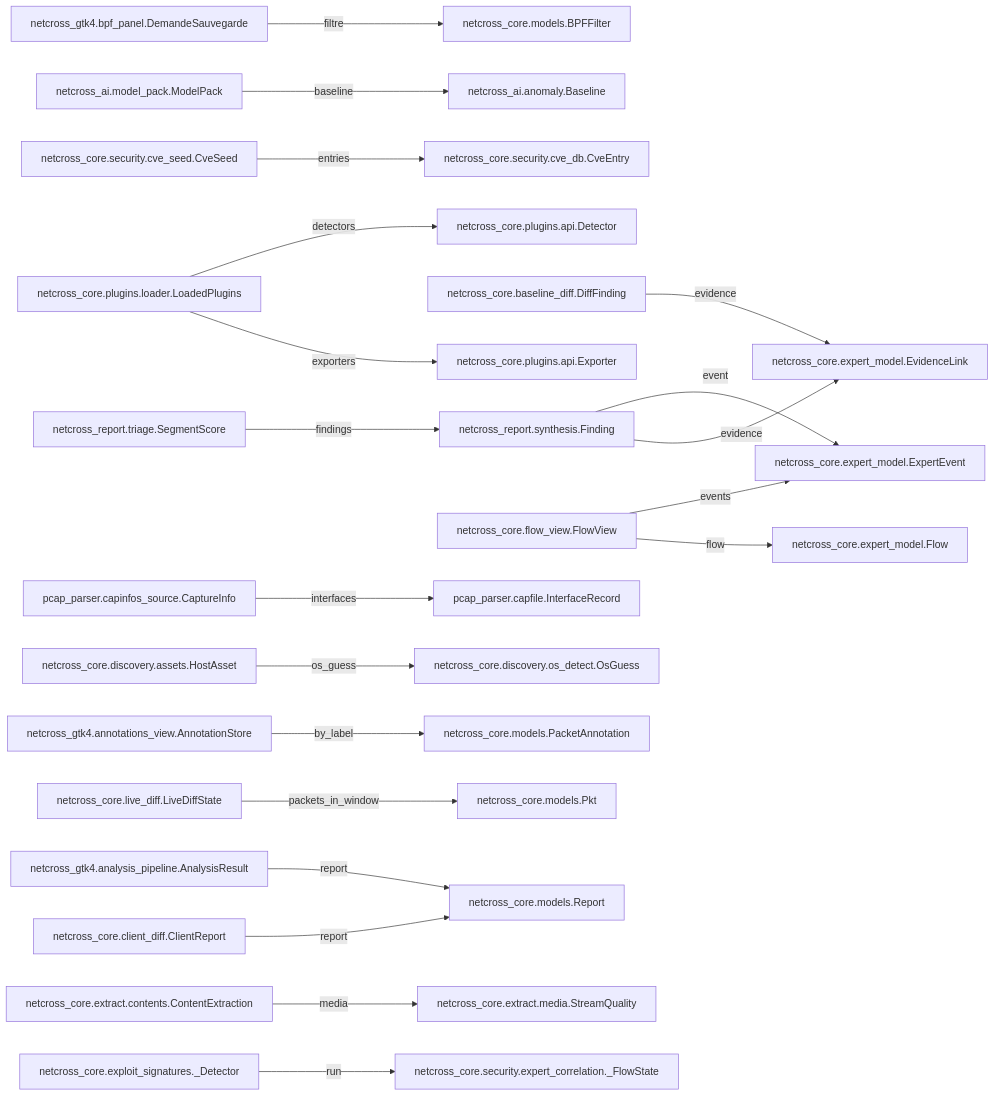
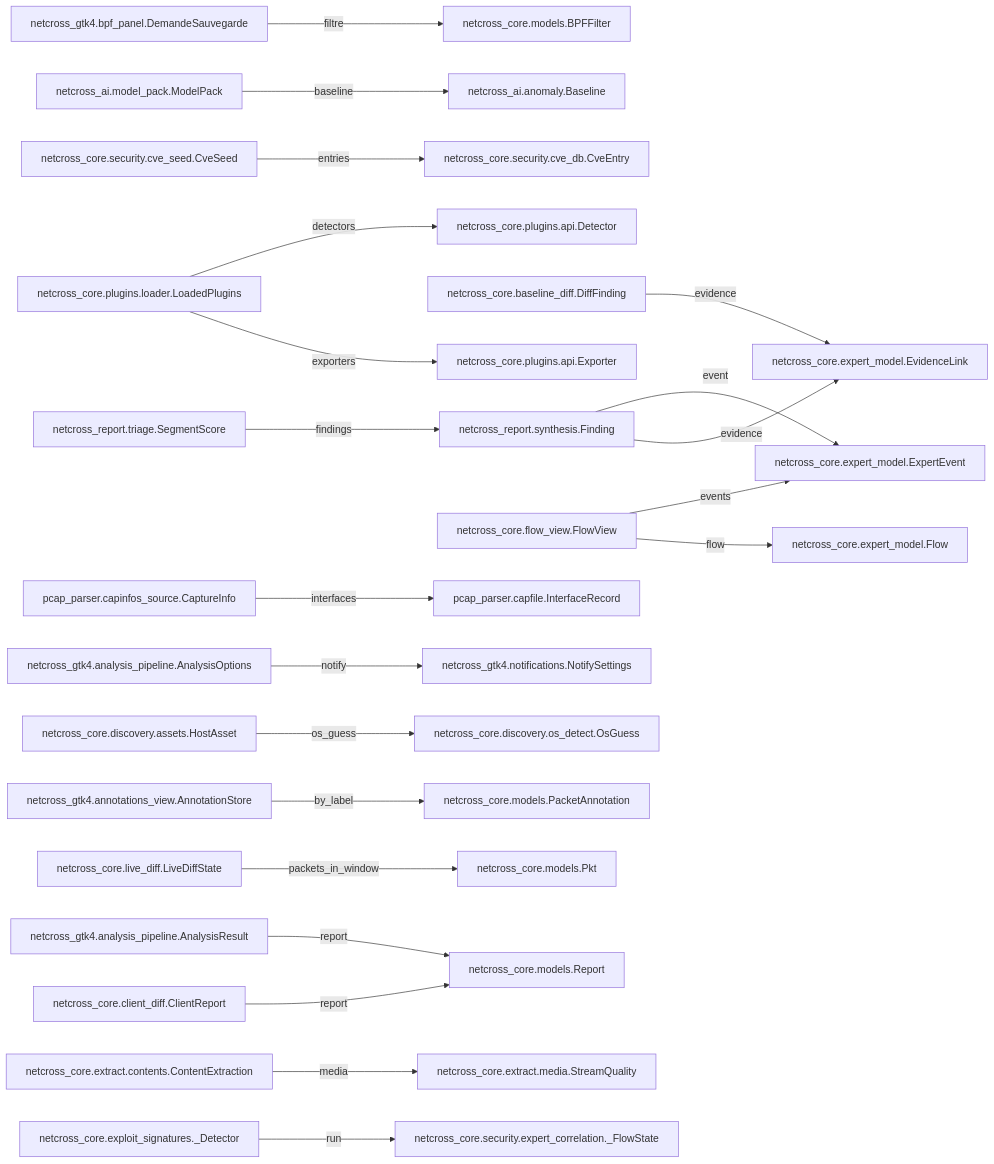
One commit to Mathide-Team/Netcross changed the second of 19 diagrams in docs/class-diagram.md. Above: the diagram before and after it, drawn with Mermaid. The commit also changed other lines of this file and 8 other files, not shown here.

````diff
--- a/docs/class-diagram.md
+++ b/docs/class-diagram.md
@@ -57,53 +57,56 @@
 ```mermaid
 flowchart LR
+    AnalysisOptions["netcross_gtk4.analysis_pipeline.AnalysisOptions"]
     AnalysisResult["netcross_gtk4.analysis_pipeline.AnalysisResult"]
     AnnotationStore["netcross_gtk4.annotations_view.AnnotationStore"]
     BPFFilter["netcross_core.models.BPFFilter"]
     Baseline["netcross_ai.anomaly.Baseline"]
     CaptureInfo["pcap_parser.capinfos_source.CaptureInfo"]
     ClientReport["netcross_core.client_diff.ClientReport"]
     ContentExtraction["netcross_core.extract.contents.ContentExtraction"]
     CveEntry["netcross_core.security.cve_db.CveEntry"]
     CveSeed["netcross_core.security.cve_seed.CveSeed"]
     DemandeSauvegarde["netcross_gtk4.bpf_panel.DemandeSauvegarde"]
     Detector["netcross_core.plugins.api.Detector"]
     DiffFinding["netcross_core.baseline_diff.DiffFinding"]
     EvidenceLink["netcross_core.expert_model.EvidenceLink"]
     ExpertEvent["netcross_core.expert_model.ExpertEvent"]
     Exporter["netcross_core.plugins.api.Exporter"]
     Finding["netcross_report.synthesis.Finding"]
     FlowView["netcross_core.flow_view.FlowView"]
     Flow["netcross_core.expert_model.Flow"]
     HostAsset["netcross_core.discovery.assets.HostAsset"]
     InterfaceRecord["pcap_parser.capfile.InterfaceRecord"]
     LiveDiffState["netcross_core.live_diff.LiveDiffState"]
     LoadedPlugins["netcross_core.plugins.loader.LoadedPlugins"]
     ModelPack["netcross_ai.model_pack.ModelPack"]
+    NotifySettings["netcross_gtk4.notifications.NotifySettings"]
     OsGuess["netcross_core.discovery.os_detect.OsGuess"]
     PacketAnnotation["netcross_core.models.PacketAnnotation"]
     Pkt["netcross_core.models.Pkt"]
     Report["netcross_core.models.Report"]
     SegmentScore["netcross_report.triage.SegmentScore"]
     StreamQuality["netcross_core.extract.media.StreamQuality"]
     _Detector["netcross_core.exploit_signatures._Detector"]
     netcross_core_security_expert_correlation__FlowState["netcross_core.security.expert_correlation._FlowState"]
+    AnalysisOptions -->|notify| NotifySettings
     AnalysisResult -->|report| Report
     AnnotationStore -->|by_label| PacketAnnotation
     CaptureInfo -->|interfaces| InterfaceRecord
     ClientReport -->|report| Report
     ContentExtraction -->|media| StreamQuality
     CveSeed -->|entries| CveEntry
     DemandeSauvegarde -->|filtre| BPFFilter
     DiffFinding -->|evidence| EvidenceLink
     Finding -->|event| ExpertEvent
     Finding -->|evidence| EvidenceLink
     FlowView -->|events| ExpertEvent
     FlowView -->|flow| Flow
     HostAsset -->|os_guess| OsGuess
     LiveDiffState -->|packets_in_window| Pkt
     LoadedPlugins -->|detectors| Detector
     LoadedPlugins -->|exporters| Exporter
     ModelPack -->|baseline| Baseline
     SegmentScore -->|findings| Finding
     _Detector -->|run| netcross_core_security_expert_correlation__FlowState
 ```
````
